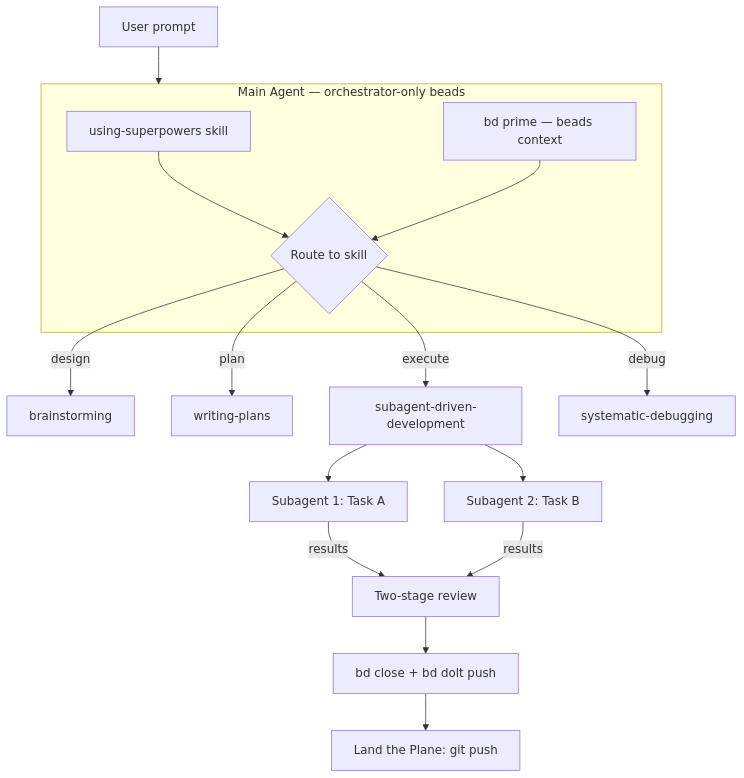
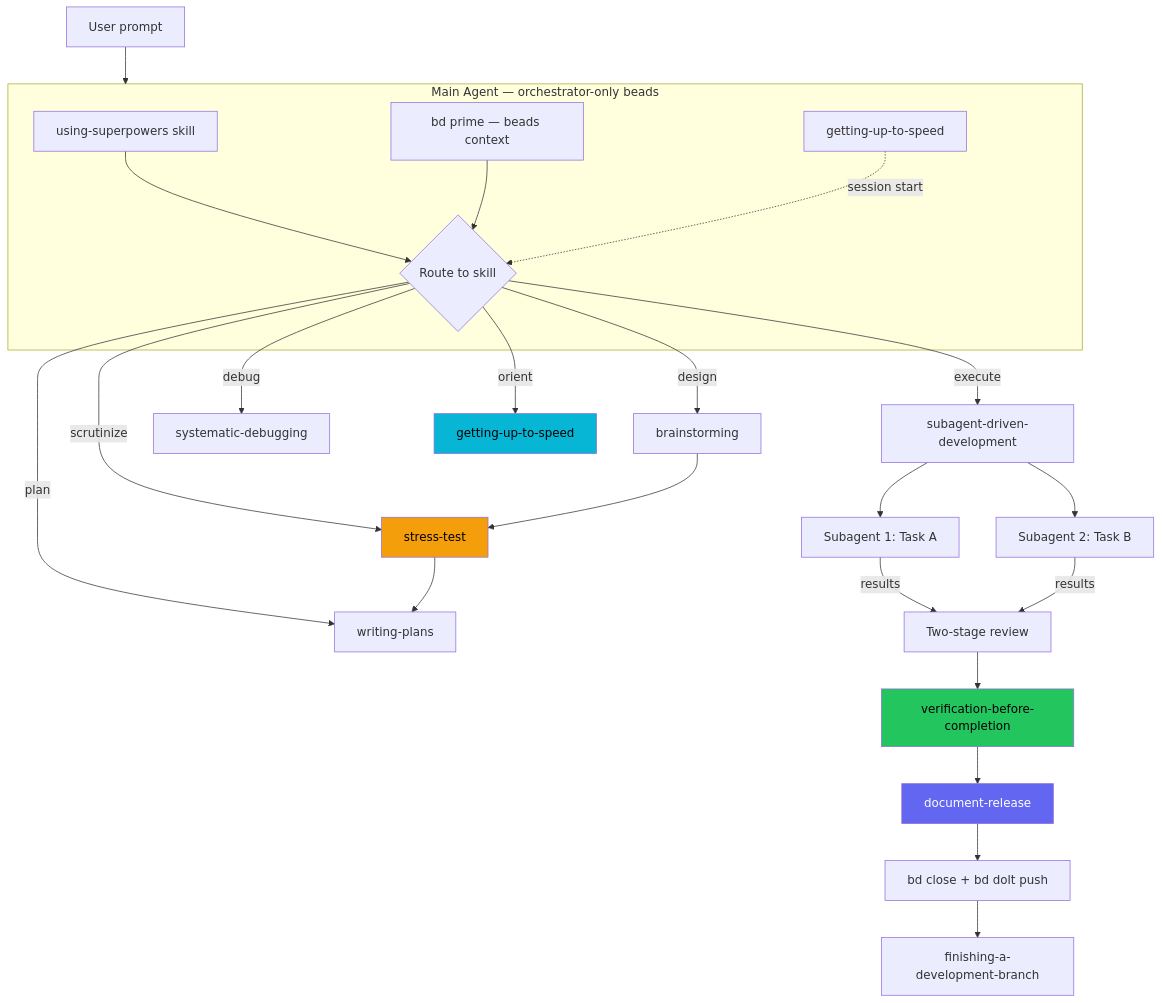
One commit to DollarDill/beads-superpowers changed the diagram in README.md. Above: the diagram before and after it, drawn with Mermaid. The commit also changed other lines of this file and 4 other files, not shown here.

````diff
--- a/README.md
+++ b/README.md
@@ -153,20 +153,33 @@
 ```mermaid
 flowchart TB
     User[User prompt] --> Orchestrator
     subgraph Orchestrator [Main Agent — orchestrator-only beads]
         SP[using-superpowers skill]
         BD[bd prime — beads context]
+        GUS[getting-up-to-speed]
         SP --> Routing{Route to skill}
         BD --> Routing
+        GUS -.->|session start| Routing
     end
     Routing -->|design| Brainstorm[brainstorming]
+    Routing -->|scrutinize| Stress[stress-test]
     Routing -->|plan| WP[writing-plans]
     Routing -->|execute| SDD[subagent-driven-development]
     Routing -->|debug| Debug[systematic-debugging]
+    Routing -->|orient| GUS2[getting-up-to-speed]
+    Brainstorm --> Stress
+    Stress --> WP
     SDD --> Sub1[Subagent 1: Task A]
     SDD --> Sub2[Subagent 2: Task B]
     Sub1 -->|results| Review[Two-stage review]
     Sub2 -->|results| Review
-    Review --> Close[bd close + bd dolt push]
-    Close --> Land[Land the Plane: git push]
+    Review --> Verify[verification-before-completion]
+    Verify --> DocAudit[document-release]
+    DocAudit --> Close[bd close + bd dolt push]
+    Close --> Land[finishing-a-development-branch]
+
+    style Stress fill:#f59e0b,color:#000
+    style Verify fill:#22c55e,color:#000
+    style DocAudit fill:#6366f1,color:#fff
+    style GUS2 fill:#06b6d4,color:#000
 ```
````
